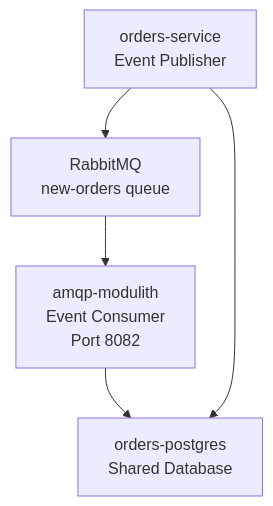
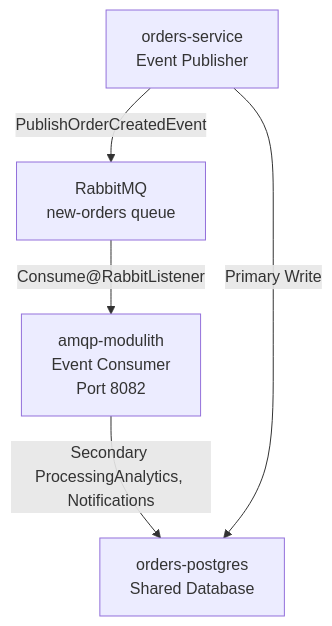
Before and after one commit to philipz/spring-modular-monolith: the sixth of 10 diagrams in docs/deepwiki/Orders-Service-Architecture.md, drawn with Mermaid. The commit also changed other lines of this file and 55 other files, not shown here.

````diff
--- a/docs/deepwiki/Orders-Service-Architecture.md
+++ b/docs/deepwiki/Orders-Service-Architecture.md
@@ -407,13 +407,13 @@
 ```mermaid
 flowchart TD
 
 OrdersService["orders-service<br>Event Publisher"]
 RabbitMQ["RabbitMQ<br>new-orders queue"]
 AMQPModulith["amqp-modulith<br>Event Consumer<br>Port 8082"]
 OrdersDB["orders-postgres<br>Shared Database"]
 
-OrdersService --> RabbitMQ
-RabbitMQ --> AMQPModulith
-AMQPModulith --> OrdersDB
-OrdersService --> OrdersDB
+OrdersService -->|"PublishOrderCreatedEvent"| RabbitMQ
+RabbitMQ -->|"Consume@RabbitListener"| AMQPModulith
+AMQPModulith -->|"Secondary ProcessingAnalytics, Notifications"| OrdersDB
+OrdersService -->|"Primary Write"| OrdersDB
 ```
````
